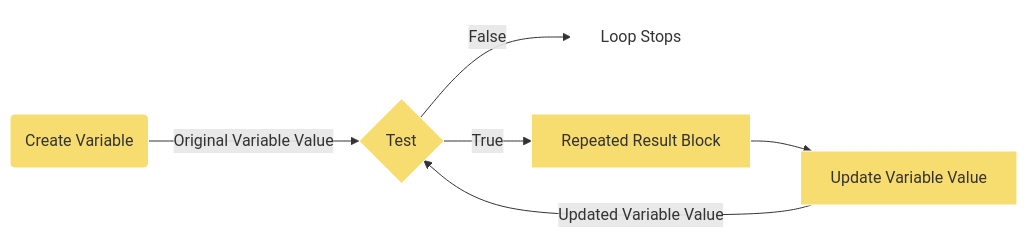
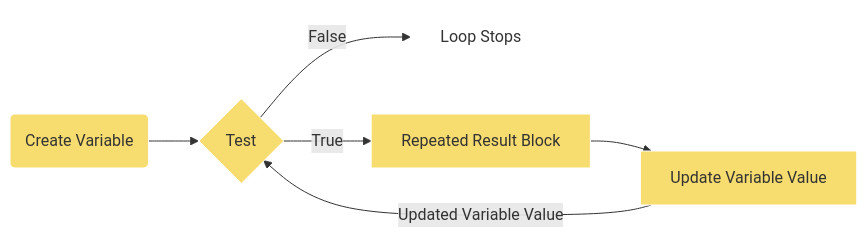
One commit to lsu-ddem/pathways-site changed the diagram in content/1_IntroToCoding/2_MakingThings_Happen/3_Lesson_3/index.md. Above: the diagram before and after it, drawn with Mermaid.

Commit message:
Update Do it again “index”

```diff
--- a/content/1_IntroToCoding/2_MakingThings_Happen/3_Lesson_3/index.md
+++ b/content/1_IntroToCoding/2_MakingThings_Happen/3_Lesson_3/index.md
@@ -23,13 +23,13 @@
 {{<mermaid align="center">}}
 graph LR 
-H(Create Variable)-->|Original Variable Value|A
+H(Create Variable)-->A
  A-->|False| E[Loop Stops]
 A{Test} -->|True| B[Repeated Result Block]
 B-->C[Update Variable Value]
 C-->|Updated Variable Value|A
 style A fill:  #f7dc6f , stroke:#FFFFFF;
 style B fill:  #f7dc6f ,stroke:#FFFFFF;
 style C fill:  #f7dc6f ,stroke:#FFFFFF;
 style E fill: #FFFFFF, stroke:#FFFFFF;
 style H fill:  #f7dc6f ,stroke:#FFFFFF;
 {{< /mermaid >}}
```
